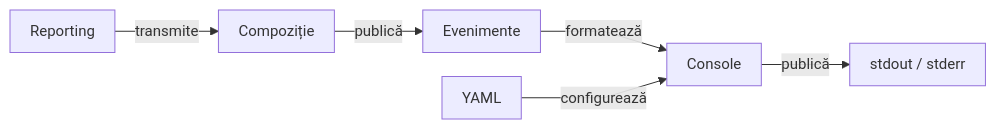
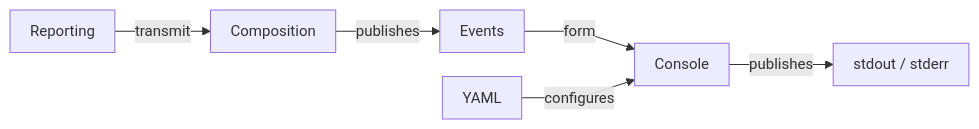
Before and after one commit to crististefanita/atf_j0: the first of 2 diagrams in atf-console/README.md, drawn with Mermaid. The commit also changed other lines of this file and 113 other files, not shown here.

````diff
--- a/atf-console/README.md
+++ b/atf-console/README.md
@@ -45,9 +43,9 @@
 ```mermaid
 %%{init: {"themeVariables":{"fontSize":"15px"},"themeCSS":".nodeLabel, .nodeLabel p { font-size: 15px !important; line-height: 1.35 !important; } .edgeLabel, .edgeLabel p { font-size: 12px !important; font-weight: 400 !important; line-height: 1.2 !important; } .edgeLabel .labelBkg, .edgeLabel p { background: transparent !important; } .edgeLabel foreignObject { transform: translateY(-18px); overflow: visible; } .node rect { rx: 6px; ry: 6px; }","flowchart":{"curve":"linear","nodeSpacing":24,"rankSpacing":40,"padding":10,"diagramPadding":16}}}%%
 flowchart LR
-    Core["Evenimente"] -->|formatează| Console["Console"]
-    Config["YAML"] -->|configurează| Console
-    Console -->|publică| Output["stdout / stderr"]
-    Reporting["Reporting"] -->|transmite| Bridge["Compoziție"]
-    Bridge -->|publică| Core
+    Core["Events"] -->|form| Console["Console"]
+    Config["YAML"] -->|configures| Console
+    Console -->|publishes| Output["stdout / stderr"]
+    Reporting["Reporting"] -->|transmit| Bridge["Composition"]
+    Bridge -->|publishes| Core
 ```
````
